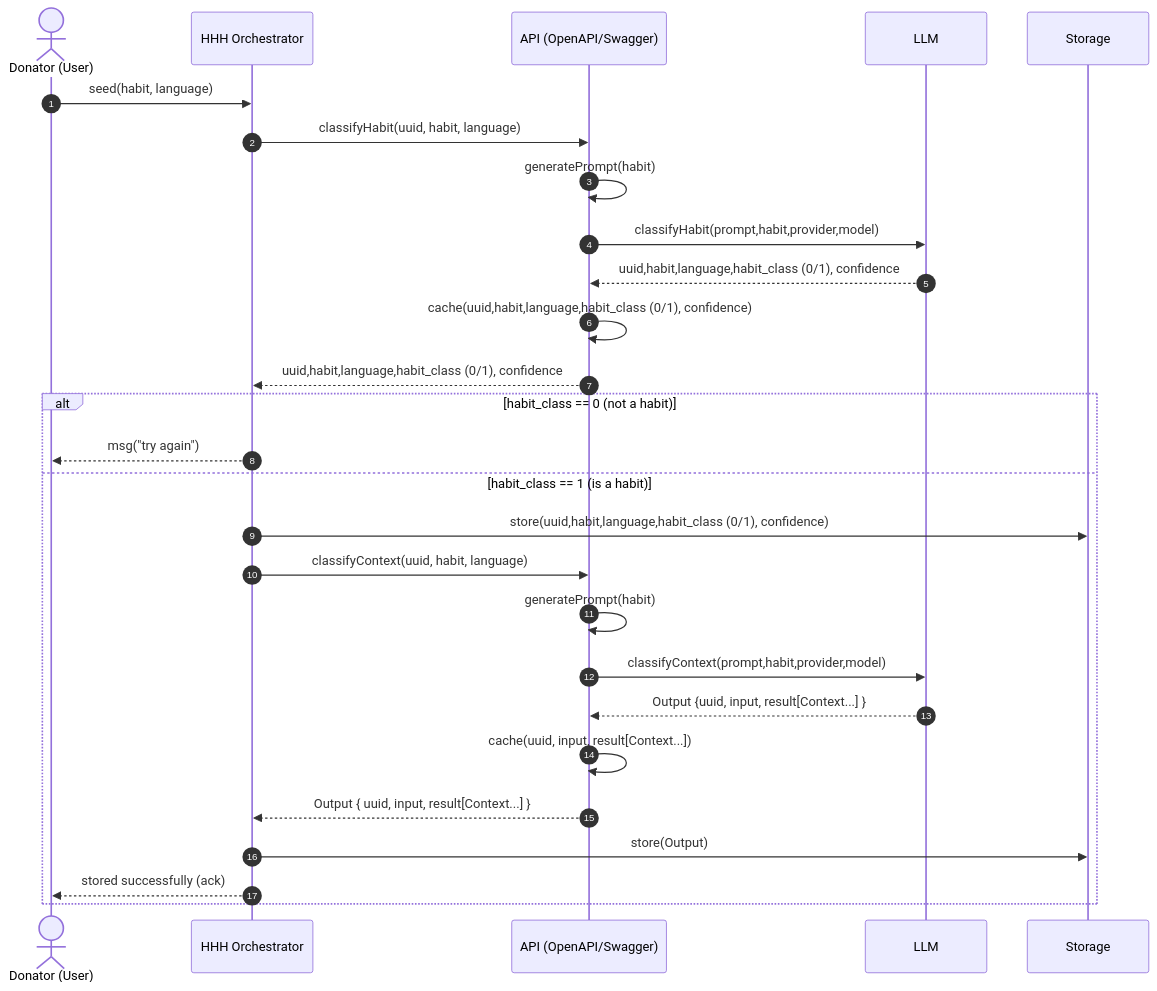
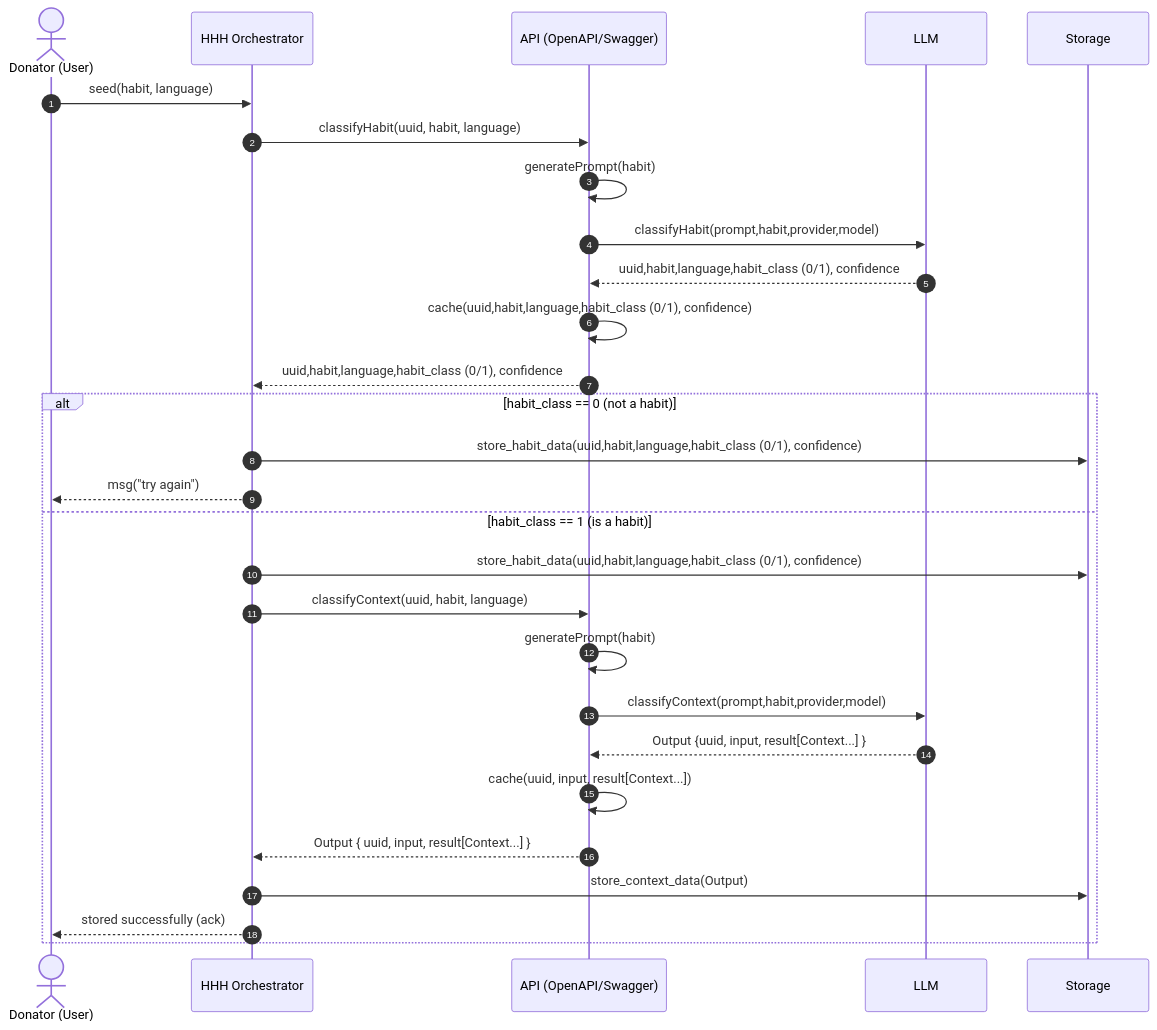
One commit to helict/health-habit-hub changed the diagram in sequenceDiagram.md. Above: the diagram before and after it, drawn with Mermaid. The commit also changed 958 other files, not shown here.

````diff
--- a/sequenceDiagram.md
+++ b/sequenceDiagram.md
@@ -1,31 +1,32 @@
 ```mermaid
 sequenceDiagram
     autonumber
     actor Donator as Donator (User)
     participant HHH as HHH Orchestrator
     participant API as API (OpenAPI/Swagger)
     participant LLM as LLM
     participant DB as Storage
 
     Donator->>HHH: seed(habit, language)
     HHH->>API: classifyHabit(uuid, habit, language)
     API->>API: generatePrompt(habit)
     API->>LLM: classifyHabit(prompt,habit,provider,model)
     LLM-->>API: uuid,habit,language,habit_class (0/1), confidence
     API->>API: cache(uuid,habit,language,habit_class (0/1), confidence)
     API-->>HHH: uuid,habit,language,habit_class (0/1), confidence
 
     alt habit_class == 0 (not a habit)
+        HHH->>DB: store_habit_data(uuid,habit,language,habit_class (0/1), confidence)
         HHH-->>Donator: msg("try again")
     else habit_class == 1 (is a habit)
-        HHH->>DB: store(uuid,habit,language,habit_class (0/1), confidence)
+        HHH->>DB: store_habit_data(uuid,habit,language,habit_class (0/1), confidence)
         HHH->>API: classifyContext(uuid, habit, language)
         API->>API: generatePrompt(habit)
         API->>LLM: classifyContext(prompt,habit,provider,model)
         LLM-->>API: Output {uuid, input, result[Context...] }
         API->>API: cache(uuid, input, result[Context...])
         API-->>HHH: Output { uuid, input, result[Context...] }
-        HHH->>DB: store(Output)
+        HHH->>DB: store_context_data(Output)
         HHH-->>Donator: stored successfully (ack)
     end
 ```
````
